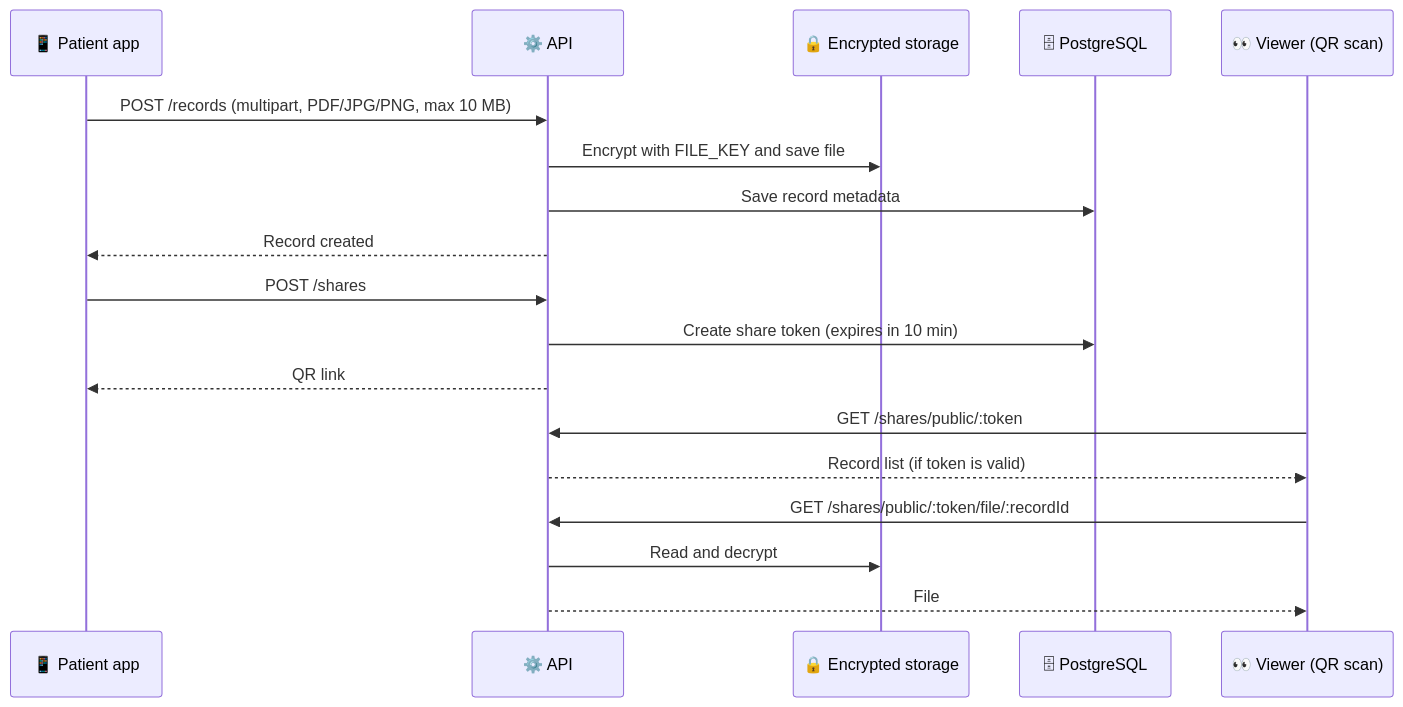
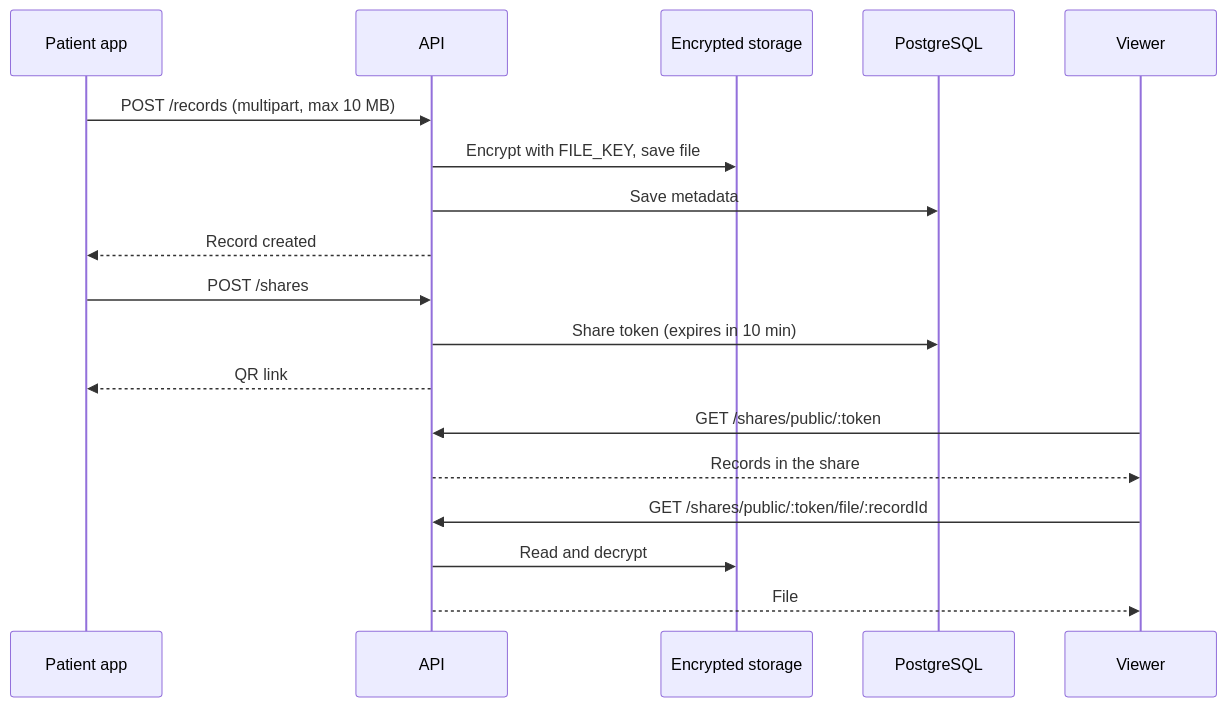
One commit to nyctophile-man/Sarvayuh changed the second of 5 diagrams in README.md. Above: the diagram before and after it, drawn with Mermaid. The commit also changed other lines of this file, not shown here.

````diff
--- a/README.md
+++ b/README.md
@@ -227,22 +145,22 @@
 ```mermaid
 sequenceDiagram
-    participant P as 📱 Patient app
-    participant API as ⚙️ API
-    participant ES as 🔒 Encrypted storage
-    participant DB as 🗄 PostgreSQL
-    participant V as 👀 Viewer (QR scan)
+    participant P as Patient app
+    participant API
+    participant ES as Encrypted storage
+    participant DB as PostgreSQL
+    participant V as Viewer
 
-    P->>API: POST /records (multipart, PDF/JPG/PNG, max 10 MB)
-    API->>ES: Encrypt with FILE_KEY and save file
-    API->>DB: Save record metadata
+    P->>API: POST /records (multipart, max 10 MB)
+    API->>ES: Encrypt with FILE_KEY, save file
+    API->>DB: Save metadata
     API-->>P: Record created
 
     P->>API: POST /shares
-    API->>DB: Create share token (expires in 10 min)
+    API->>DB: Share token (expires in 10 min)
     API-->>P: QR link
     V->>API: GET /shares/public/:token
-    API-->>V: Record list (if token is valid)
+    API-->>V: Records in the share
     V->>API: GET /shares/public/:token/file/:recordId
     API->>ES: Read and decrypt
     API-->>V: File
 ```
````
